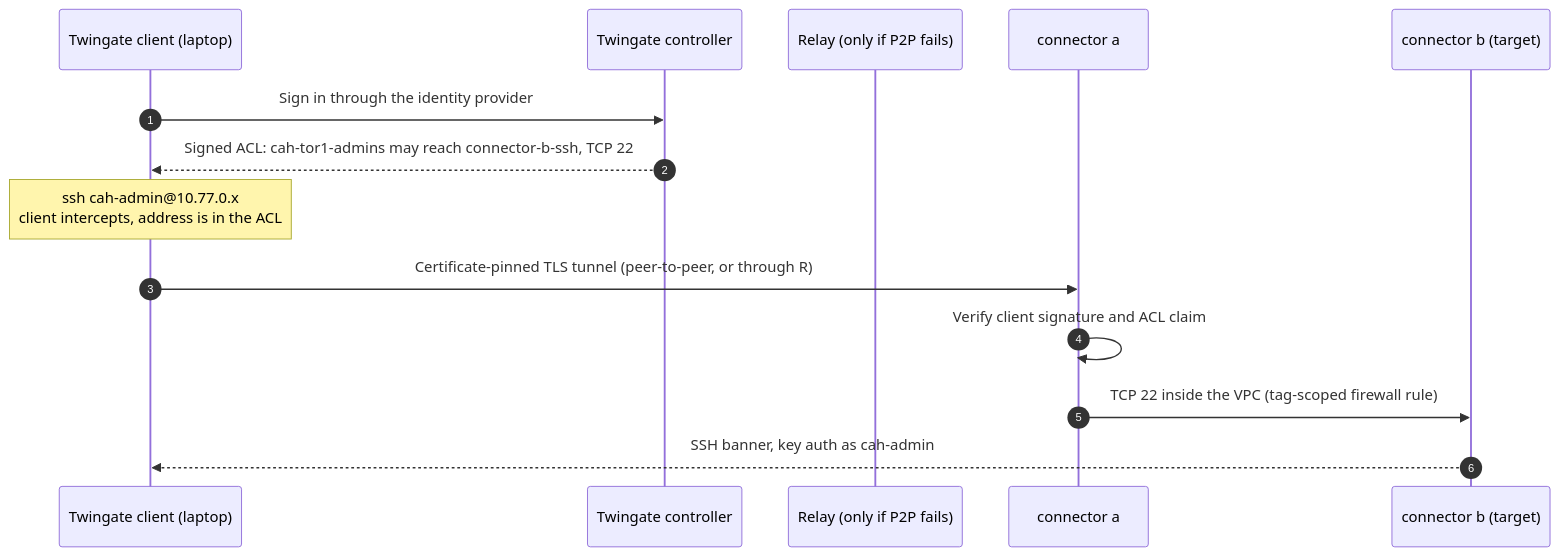
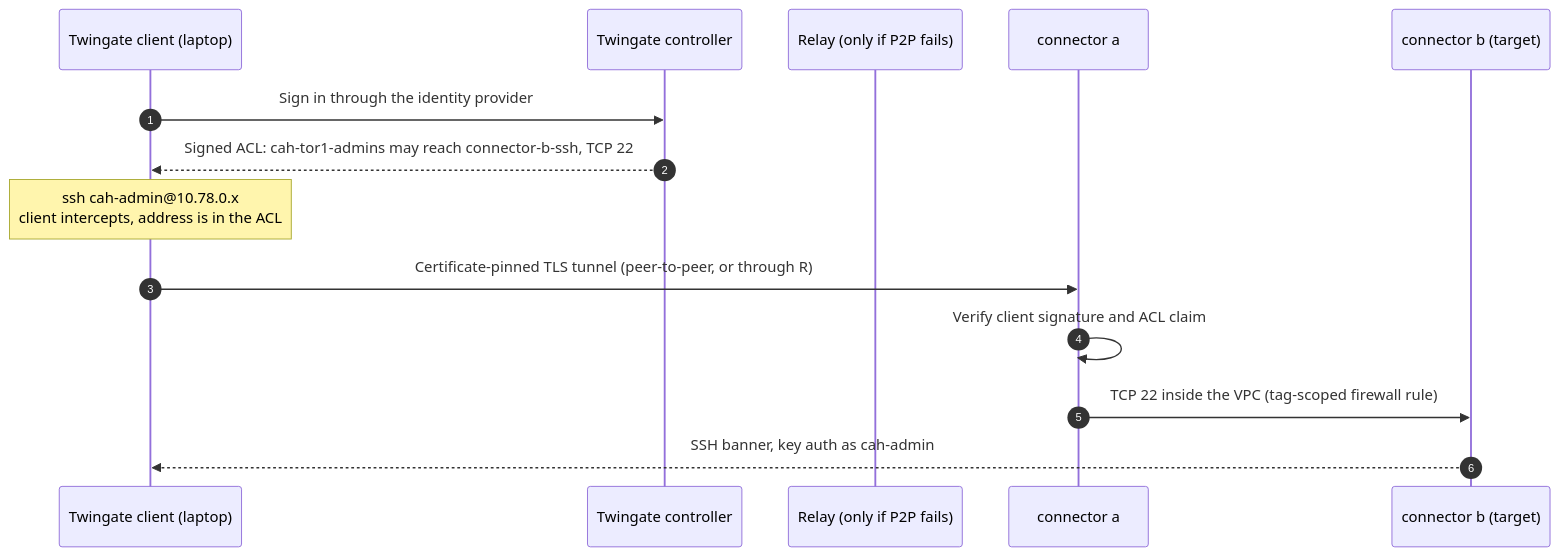
The third of 4 diagrams in docs/wiki/Architecture-Overview.md (ChiefGyk3D/Clouds-Against-Humanity), drawn with Mermaid before and after one commit. The commit also changed other lines of this file and 5 other files, not shown here.

````diff
--- a/docs/wiki/Architecture-Overview.md
+++ b/docs/wiki/Architecture-Overview.md
@@ -105,16 +105,16 @@
 ```mermaid
 sequenceDiagram
     autonumber
     participant C as Twingate client (laptop)
     participant K as Twingate controller
     participant R as Relay (only if P2P fails)
     participant A as connector a
     participant B as connector b (target)
     C->>K: Sign in through the identity provider
     K-->>C: Signed ACL: cah-tor1-admins may reach connector-b-ssh, TCP 22
-    Note over C: ssh cah-admin@10.77.0.x<br/>client intercepts, address is in the ACL
+    Note over C: ssh cah-admin@10.78.0.x<br/>client intercepts, address is in the ACL
     C->>A: Certificate-pinned TLS tunnel (peer-to-peer, or through R)
     A->>A: Verify client signature and ACL claim
     A->>B: TCP 22 inside the VPC (tag-scoped firewall rule)
     B-->>C: SSH banner, key auth as cah-admin
 ```
````
